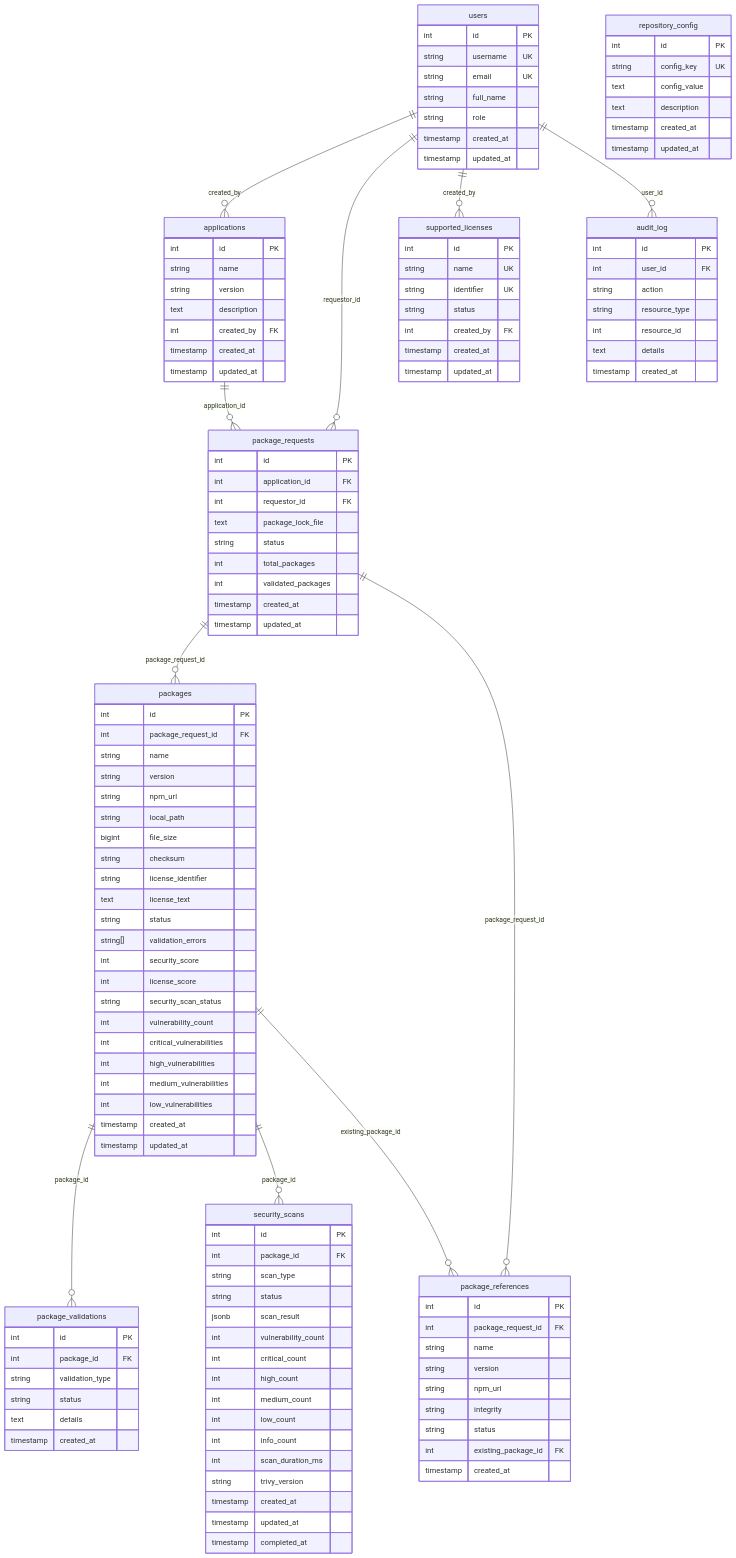
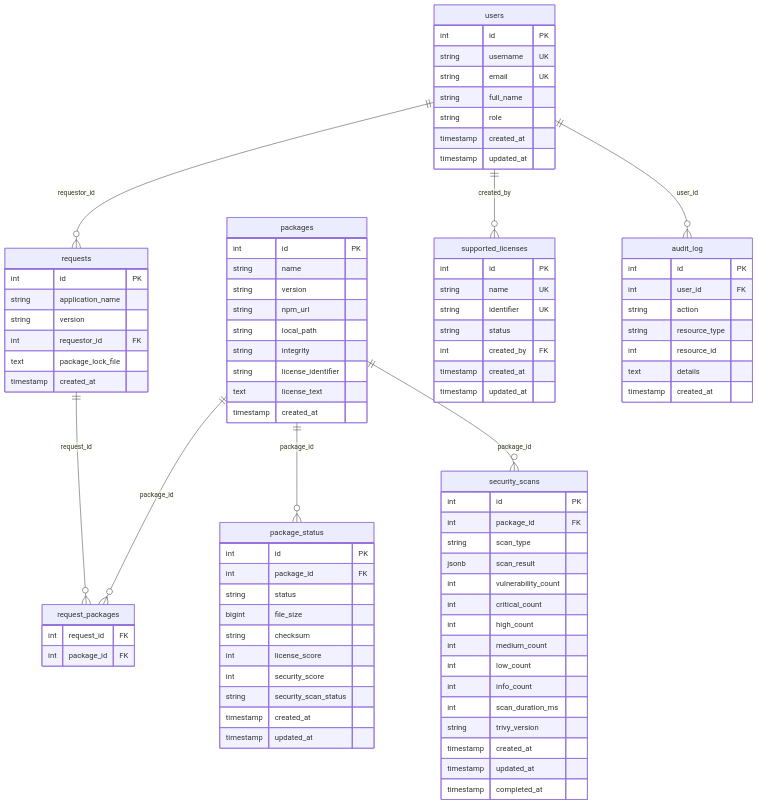
Before and after one commit to theboyknowsclass/secure_package_manager: the diagram in database/README.md, drawn with Mermaid. The commit also changed other lines of this file and 4 other files, not shown here.

First line of the commit message:
Refactor database schema for improved clarity and integrity

````diff
--- a/database/README.md
+++ b/database/README.md
@@ -22,89 +22,49 @@
         timestamp updated_at
     }
     
-    applications {
+    requests {
         int id PK
-        string name
+        string application_name
         string version
-        text description
-        int created_by FK
-        timestamp created_at
-        timestamp updated_at
-    }
-    
-    supported_licenses {
-        int id PK
-        string name UK
-        string identifier UK
-        string status
-        int created_by FK
-        timestamp created_at
-        timestamp updated_at
-    }
-    
-    package_requests {
-        int id PK
-        int application_id FK
         int requestor_id FK
         text package_lock_file
-        string status
-        int total_packages
-        int validated_packages
         timestamp created_at
-        timestamp updated_at
     }
     
     packages {
         int id PK
-        int package_request_id FK
         string name
         string version
         string npm_url
         string local_path
-        bigint file_size
-        string checksum
+        string integrity
         string license_identifier
         text license_text
-        string status
-        string[] validation_errors
-        int security_score
-        int license_score
-        string security_scan_status
-        int vulnerability_count
-        int critical_vulnerabilities
-        int high_vulnerabilities
-        int medium_vulnerabilities
-        int low_vulnerabilities
-        timestamp created_at
-        timestamp updated_at
-    }
-    
-    package_references {
-        int id PK
-        int package_request_id FK
-        string name
-        string version
-        string npm_url
-        string integrity
-        string status
-        int existing_package_id FK
         timestamp created_at
     }
     
-    package_validations {
+    request_packages {
+        int request_id FK
+        int package_id FK
+    }
+    
+    package_status {
         int id PK
         int package_id FK
-        string validation_type
         string status
-        text details
+        bigint file_size
+        string checksum
+        int license_score
+        int security_score
+        string security_scan_status
         timestamp created_at
+        timestamp updated_at
     }
     
     security_scans {
         int id PK
         int package_id FK
         string scan_type
-        string status
         jsonb scan_result
         int vulnerability_count
         int critical_count
@@ -119,6 +79,16 @@
         timestamp completed_at
     }
     
+    supported_licenses {
+        int id PK
+        string name UK
+        string identifier UK
+        string status
+        int created_by FK
+        timestamp created_at
+        timestamp updated_at
+    }
+    
     audit_log {
         int id PK
         int user_id FK
@@ -128,28 +98,15 @@
         text details
         timestamp created_at
     }
-    
-    repository_config {
-        int id PK
-        string config_key UK
-        text config_value
-        text description
-        timestamp created_at
-        timestamp updated_at
-    }
 
     %% Relationships
-    users ||--o{ applications : "created_by"
-    users ||--o{ package_requests : "requestor_id"
+    users ||--o{ requests : "requestor_id"
     users ||--o{ supported_licenses : "created_by"
     users ||--o{ audit_log : "user_id"
     
-    applications ||--o{ package_requests : "application_id"
+    requests ||--o{ request_packages : "request_id"
+    packages ||--o{ request_packages : "package_id"
     
-    package_requests ||--o{ packages : "package_request_id"
-    package_requests ||--o{ package_references : "package_request_id"
-    
-    packages ||--o{ package_validations : "package_id"
+    packages ||--o{ package_status : "package_id"
     packages ||--o{ security_scans : "package_id"
-    packages ||--o{ package_references : "existing_package_id"
 ```
````
